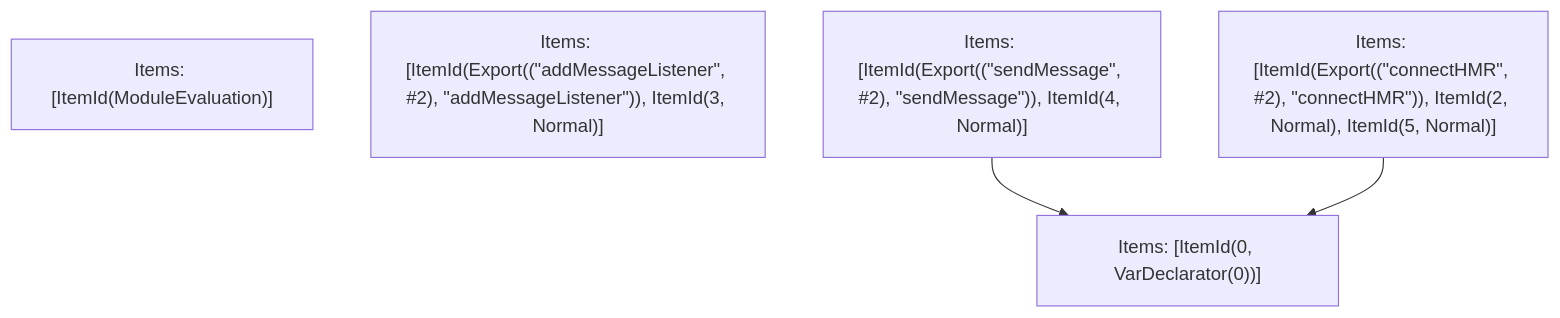
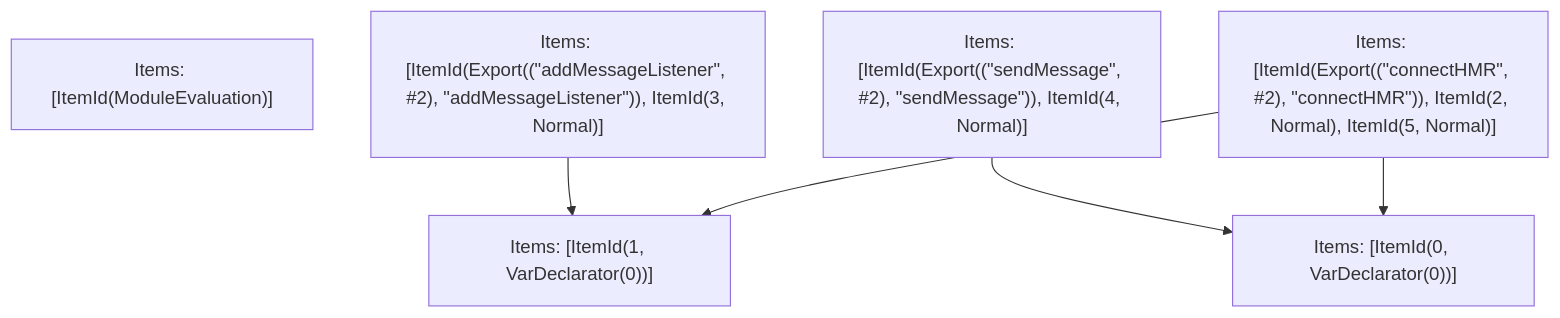
Before and after one commit to vercel/turborepo: the fifth of 5 diagrams in crates/turbopack-ecmascript/tests/tree-shaker/analyzer/failed-1/output.md, drawn with Mermaid. The commit also changed other lines of this file and 15 other files, not shown here.

````diff
--- a/crates/turbopack-ecmascript/tests/tree-shaker/analyzer/failed-1/output.md
+++ b/crates/turbopack-ecmascript/tests/tree-shaker/analyzer/failed-1/output.md
@@ -209,10 +213,13 @@
 ```mermaid
 graph TD
     N0["Items: [ItemId(ModuleEvaluation)]"];
     N1["Items: [ItemId(Export((&quot;addMessageListener&quot;, #2), &quot;addMessageListener&quot;)), ItemId(3, Normal)]"];
     N2["Items: [ItemId(Export((&quot;sendMessage&quot;, #2), &quot;sendMessage&quot;)), ItemId(4, Normal)]"];
     N3["Items: [ItemId(Export((&quot;connectHMR&quot;, #2), &quot;connectHMR&quot;)), ItemId(2, Normal), ItemId(5, Normal)]"];
     N4["Items: [ItemId(0, VarDeclarator(0))]"];
+    N5["Items: [ItemId(1, VarDeclarator(0))]"];
+    N1 --> N5;
     N2 --> N4;
     N3 --> N4;
+    N3 --> N5;
 ```
````
